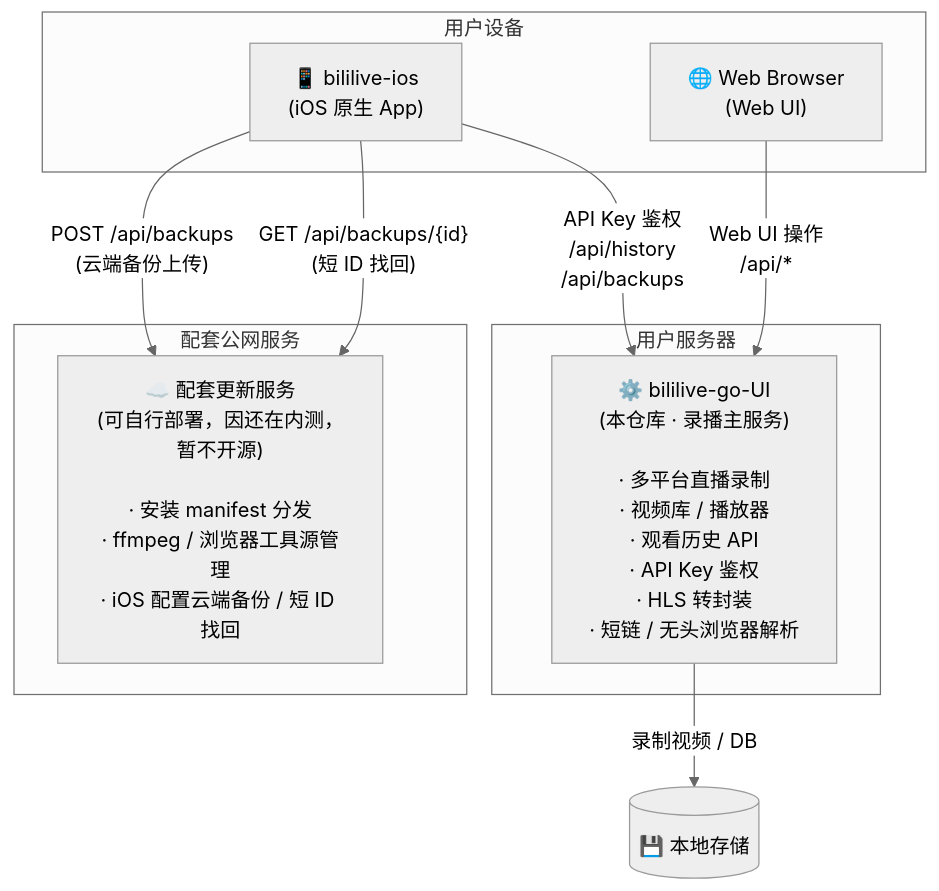
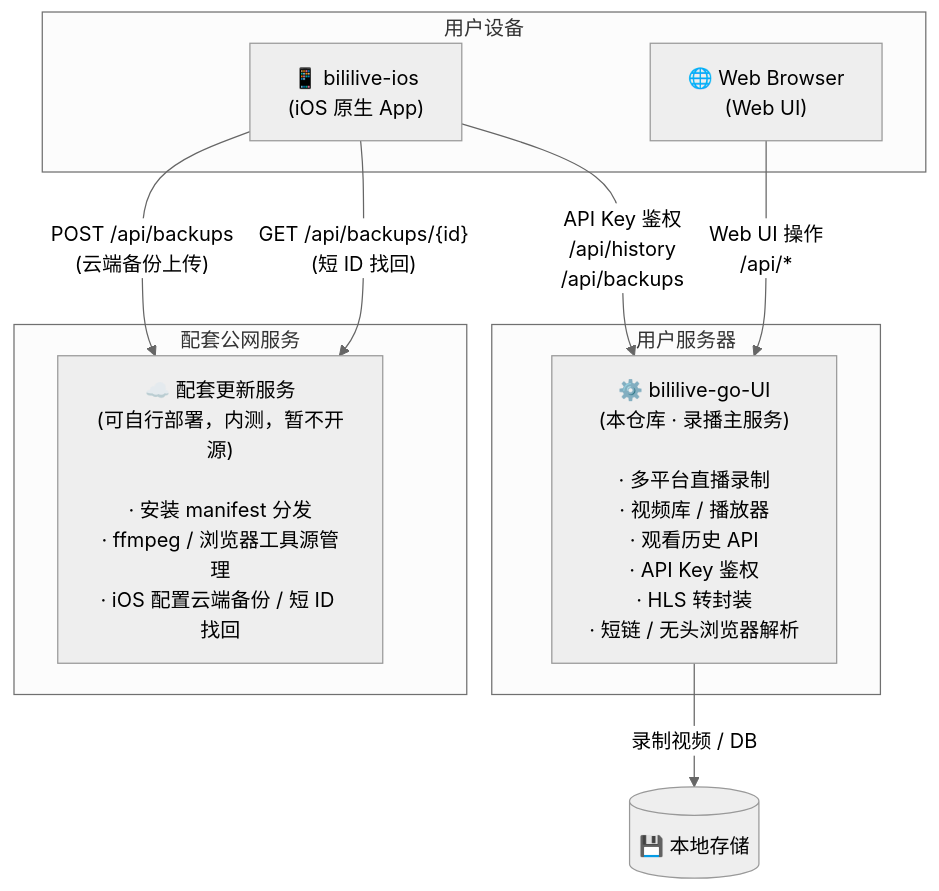
One commit to xuyuanzhang1122/bililive-go-UI changed the diagram in README.md. Above: the diagram before and after it, drawn with Mermaid (neutral theme).

````diff
--- a/README.md
+++ b/README.md
@@ -17,21 +17,21 @@
 ```mermaid
 graph TD
     subgraph 用户设备
         iOS["📱 bililive-ios\n(iOS 原生 App)"]
         Browser["🌐 Web Browser\n(Web UI)"]
     end
 
     subgraph 用户服务器
         Core["⚙️ bililive-go-UI\n(本仓库 · 录播主服务)\n\n· 多平台直播录制\n· 视频库 / 播放器\n· 观看历史 API\n· API Key 鉴权\n· HLS 转封装\n· 短链 / 无头浏览器解析"]
     end
 
     subgraph 配套公网服务
-        UpdateSrv["☁️ 配套更新服务\n(可自行部署，因还在内测，暂不开源)\n\n· 安装 manifest 分发\n· ffmpeg / 浏览器工具源管理\n· iOS 配置云端备份 / 短 ID 找回"]
+        UpdateSrv["☁️ 配套更新服务\n(可自行部署，内测，暂不开源)\n\n· 安装 manifest 分发\n· ffmpeg / 浏览器工具源管理\n· iOS 配置云端备份 / 短 ID 找回"]
     end
 
     iOS -- "API Key 鉴权\n/api/history\n/api/backups" --> Core
     Browser -- "Web UI 操作\n/api/*" --> Core
     iOS -- "POST /api/backups\n(云端备份上传)" --> UpdateSrv
     iOS -- "GET /api/backups/{id}\n(短 ID 找回)" --> UpdateSrv
     Core -- "录制视频 / DB" --> Storage[("💾 本地存储")]
 ```
````
